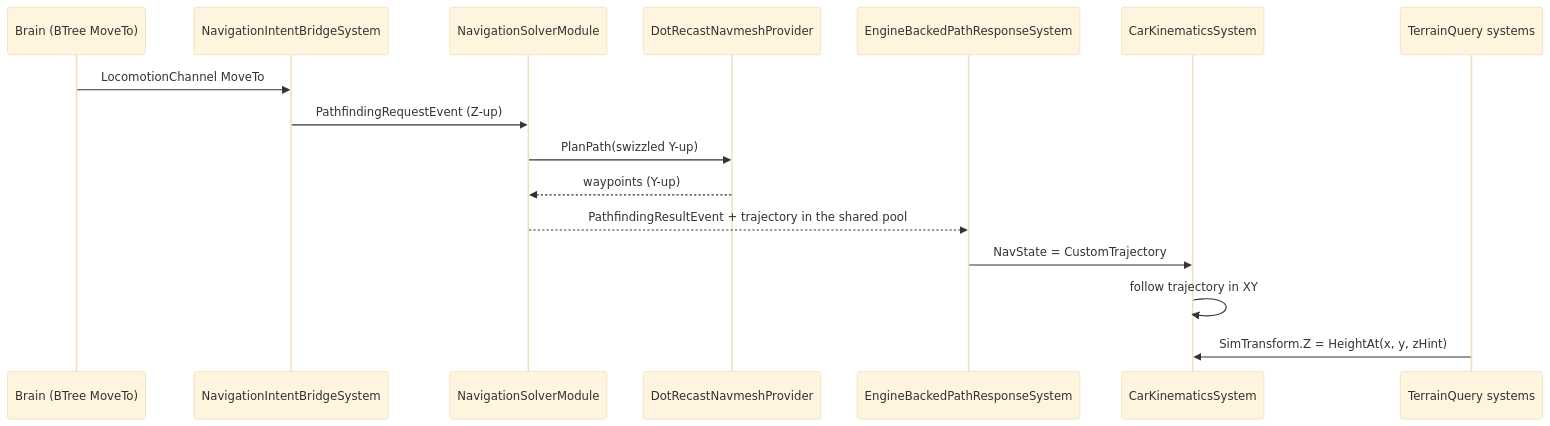
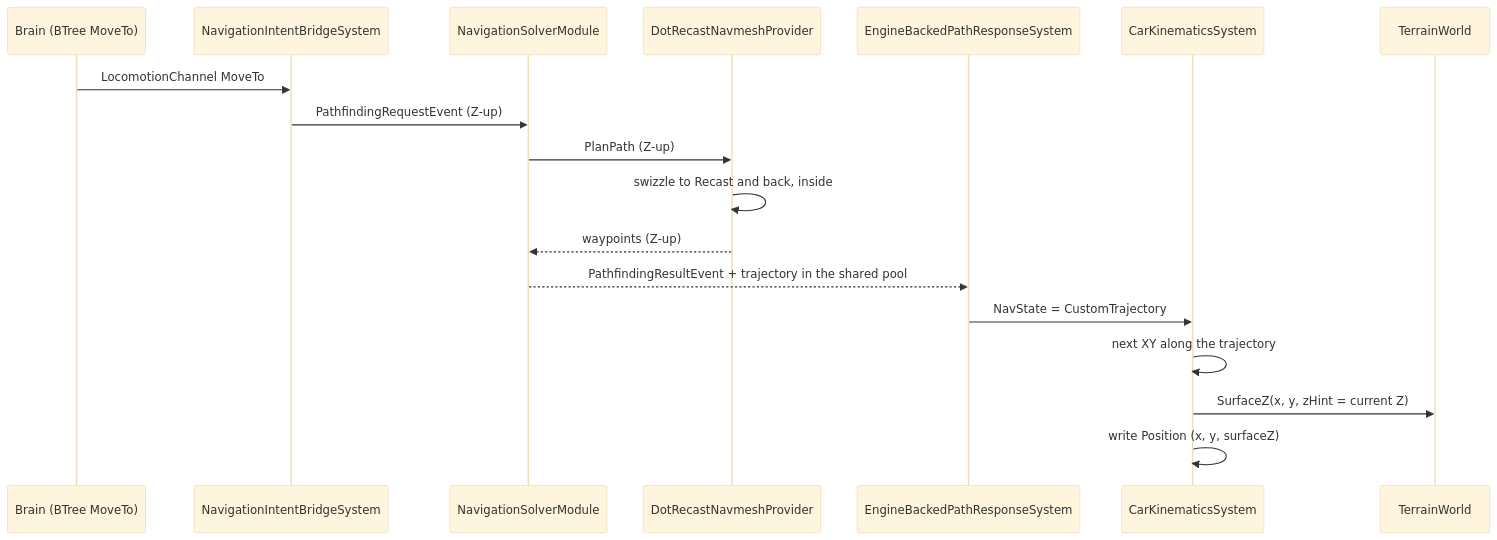
One commit to pjanec/HROT changed the third of 5 diagrams in docs/DESIGN_Terrain_World.md. Above: the diagram before and after it, drawn with Mermaid (base theme). The commit also changed other lines of this file and 3 other files, not shown here.

First line of the commit message:
DESIGN_Terrain_World: fold the user's W rulings (R-182) — CGF=editor load+draw the world, filled triangles, posture eye height, Z-up nav APIs, movement model sets Z; CE-3013 (live route axis swap), CE-3014 filed

````diff
--- a/docs/DESIGN_Terrain_World.md
+++ b/docs/DESIGN_Terrain_World.md
@@ -202,18 +220,20 @@
 ```mermaid
 sequenceDiagram
   participant B as Brain (BTree MoveTo)
   participant BR as NavigationIntentBridgeSystem
   participant NS as NavigationSolverModule
   participant N as DotRecastNavmeshProvider
   participant PR as EngineBackedPathResponseSystem
   participant K as CarKinematicsSystem
-  participant G as TerrainQuery systems
+  participant W as TerrainWorld
   B->>BR: LocomotionChannel MoveTo
   BR->>NS: PathfindingRequestEvent (Z-up)
-  NS->>N: PlanPath(swizzled Y-up)
-  N-->>NS: waypoints (Y-up)
+  NS->>N: PlanPath (Z-up)
+  N->>N: swizzle to Recast and back, inside
+  N-->>NS: waypoints (Z-up)
   NS-->>PR: PathfindingResultEvent + trajectory in the shared pool
   PR->>K: NavState = CustomTrajectory
-  K->>K: follow trajectory in XY
-  G->>K: SimTransform.Z = HeightAt(x, y, zHint)
+  K->>K: next XY along the trajectory
+  K->>W: SurfaceZ(x, y, zHint = current Z)
+  K->>K: write Position (x, y, surfaceZ)
 ```
````
